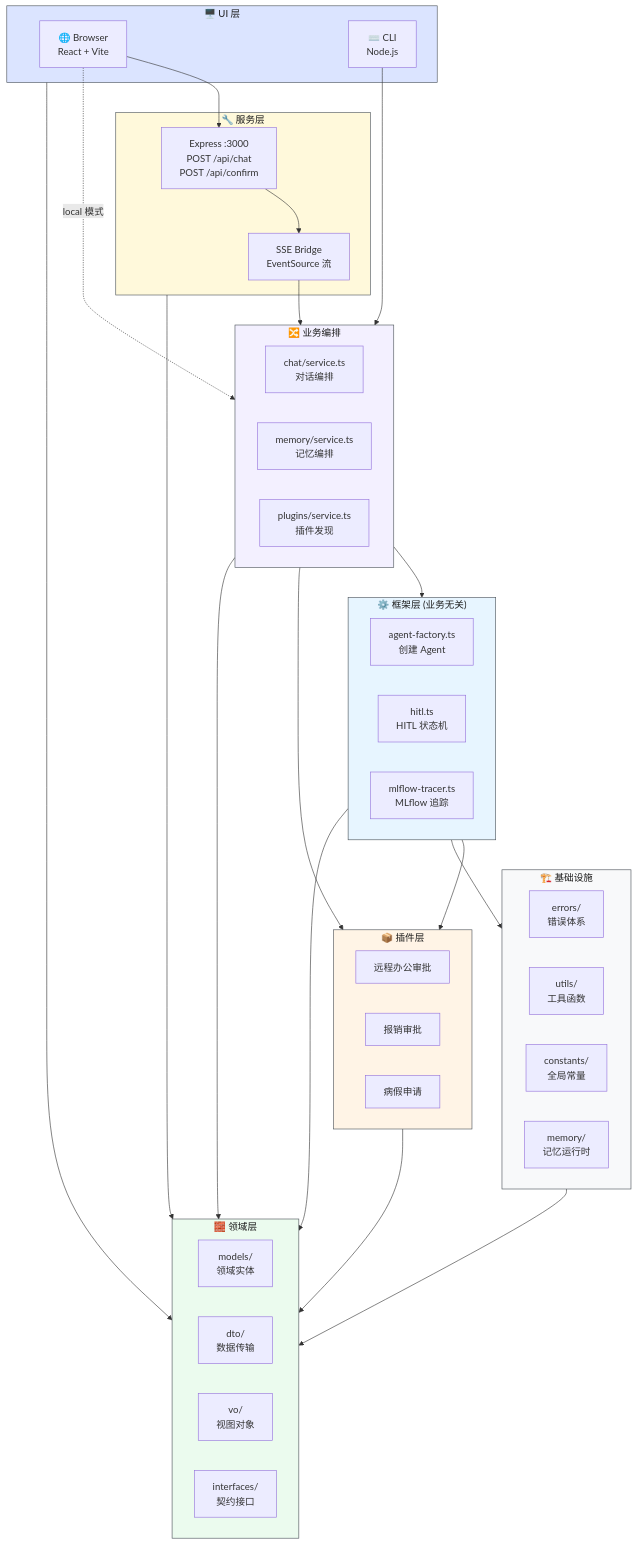
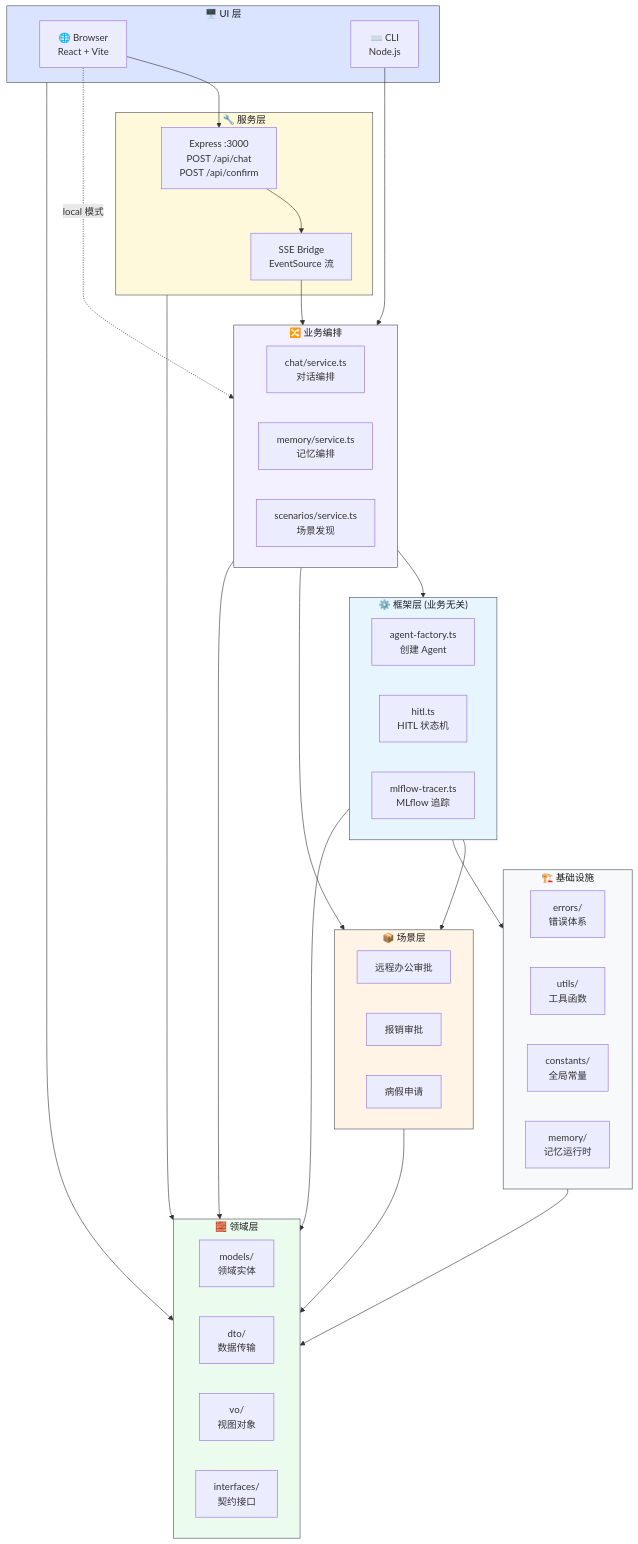
Before and after one commit to yjzaaa/leave-approval-agent: the first of 7 diagrams in CLAUDE.md, drawn with Mermaid. The commit also changed other lines of this file and 80 other files, not shown here.

First line of the commit message:
refactor: Plugin → Scenario 全局重命名，消除业务术语歧义

````diff
--- a/CLAUDE.md
+++ b/CLAUDE.md
@@ -22,68 +22,68 @@
 ```mermaid
 graph TB
     subgraph UI["🖥️ UI 层"]
         Browser["🌐 Browser<br/>React + Vite"]
         CLI["⌨️ CLI<br/>Node.js"]
     end
 
     subgraph Server["🔧 服务层"]
         API["Express :3000<br/>POST /api/chat<br/>POST /api/confirm"]
         SSE["SSE Bridge<br/>EventSource 流"]
     end
 
     subgraph Services["🔀 业务编排"]
         ChatSvc["chat/service.ts<br/>对话编排"]
         MemSvc["memory/service.ts<br/>记忆编排"]
-        PluginSvc["plugins/service.ts<br/>插件发现"]
+        ScenarioSvc["scenarios/service.ts<br/>场景发现"]
     end
 
     subgraph Agent["⚙️ 框架层 (业务无关)"]
         Factory["agent-factory.ts<br/>创建 Agent"]
         HitlMgr["hitl.ts<br/>HITL 状态机"]
         Tracer["mlflow-tracer.ts<br/>MLflow 追踪"]
     end
 
-    subgraph Plugins["📦 插件层"]
+    subgraph Scenarios["📦 场景层"]
         Leave["远程办公审批"]
         Expense["报销审批"]
         Sick["病假申请"]
     end
 
     subgraph Domain["🧱 领域层"]
         Models["models/<br/>领域实体"]
         DTOs["dto/<br/>数据传输"]
         VOs["vo/<br/>视图对象"]
         Interfaces["interfaces/<br/>契约接口"]
     end
 
     subgraph Infra["🏗️ 基础设施"]
         Errors["errors/<br/>错误体系"]
         Utils["utils/<br/>工具函数"]
         Constants["constants/<br/>全局常量"]
         MemoryRT["memory/<br/>记忆运行时"]
     end
 
     Browser --> API
     Browser -.->|"local 模式"| Services
     CLI --> Services
     API --> SSE
     SSE --> Services
     Services --> Agent
-    Services --> Plugins
-    Agent --> Plugins
+    Services --> Scenarios
+    Agent --> Scenarios
     Agent --> Infra
-    Plugins --> Domain
+    Scenarios --> Domain
     Services --> Domain
     Server --> Domain
     UI --> Domain
     Agent --> Domain
     Infra --> Domain
 
     style UI fill:#dbe4ff,stroke:#495057,color:#1a1a1a
     style Server fill:#fff9db,stroke:#495057,color:#1a1a1a
     style Services fill:#f3f0ff,stroke:#495057,color:#1a1a1a
     style Agent fill:#e7f5ff,stroke:#495057,color:#1a1a1a
-    style Plugins fill:#fff4e6,stroke:#495057,color:#1a1a1a
+    style Scenarios fill:#fff4e6,stroke:#495057,color:#1a1a1a
     style Domain fill:#ebfbee,stroke:#495057,color:#1a1a1a
     style Infra fill:#f8f9fa,stroke:#495057,color:#1a1a1a
 ```
````
